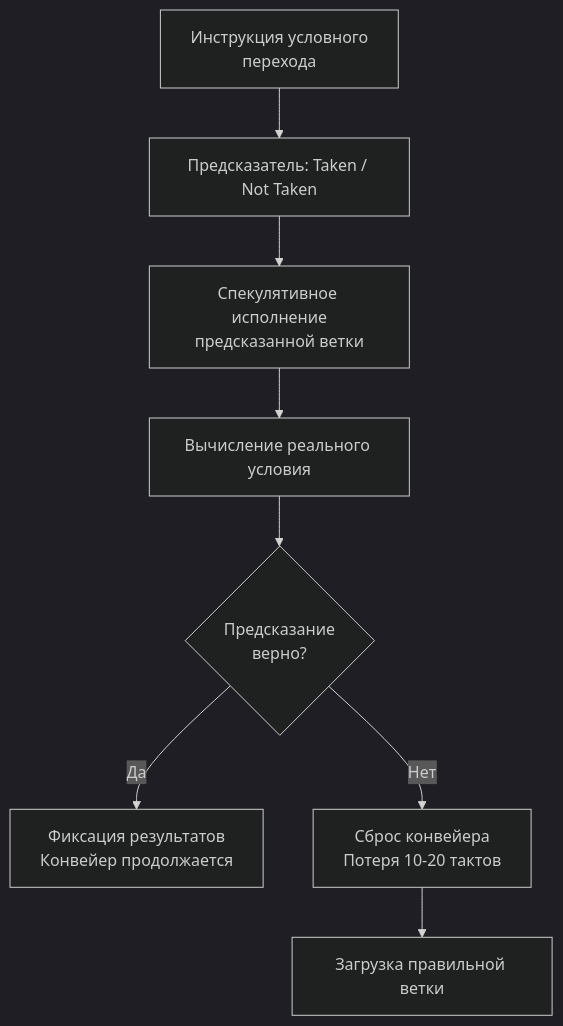
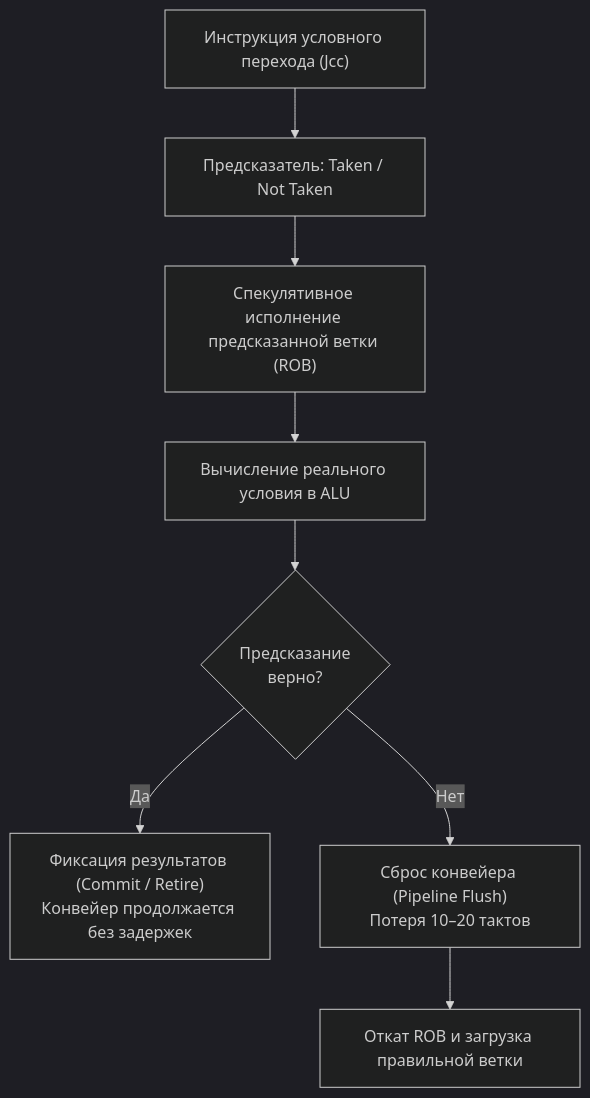
One commit to UnrealTemplier/go-textbook changed the first of 2 diagrams in sources/16. Профилирование, отладка и производительность/03. CPU profiling/6. Branch prediction и код.md. Above: the diagram before and after it, drawn with Mermaid (dark theme). The commit also changed other lines of this file, not shown here.

````diff
--- a/sources/16. Профилирование, отладка и производительность/03. CPU profiling/6. Branch prediction и код.md
+++ b/sources/16. Профилирование, отладка и производительность/03. CPU profiling/6. Branch prediction и код.md
@@ -15,10 +44,10 @@
 ```mermaid
 flowchart TD
-    Start["Инструкция условного<br>перехода"] --> Predict["Предсказатель: Taken / Not Taken"]
-    Predict --> SpecExec["Спекулятивное исполнение<br>предсказанной ветки"]
-    SpecExec --> Resolve["Вычисление реального условия"]
+    Start["Инструкция условного перехода (Jcc)"] --> Predict["Предсказатель: Taken / Not Taken"]
+    Predict --> SpecExec["Спекулятивное исполнение предсказанной ветки (ROB)"]
+    SpecExec --> Resolve["Вычисление реального условия в ALU"]
     Resolve --> Check{"Предсказание<br>верно?"}
-    Check -- "Да" --> Commit["Фиксация результатов<br>Конвейер продолжается"]
-    Check -- "Нет" --> Flush["Сброс конвейера<br>Потеря 10-20 тактов"]
-    Flush --> CorrectPath["Загрузка правильной ветки"]
+    Check -- "Да" --> Commit["Фиксация результатов (Commit / Retire)<br>Конвейер продолжается без задержек"]
+    Check -- "Нет" --> Flush["Сброс конвейера (Pipeline Flush)<br>Потеря 10–20 тактов"]
+    Flush --> CorrectPath["Откат ROB и загрузка правильной ветки"]
 ```
````
